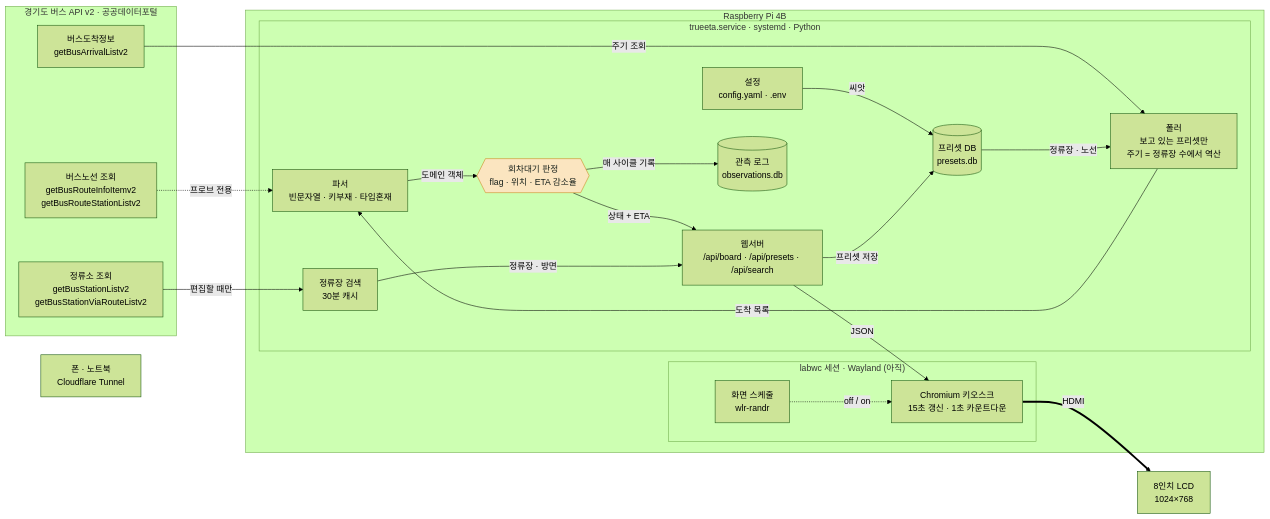
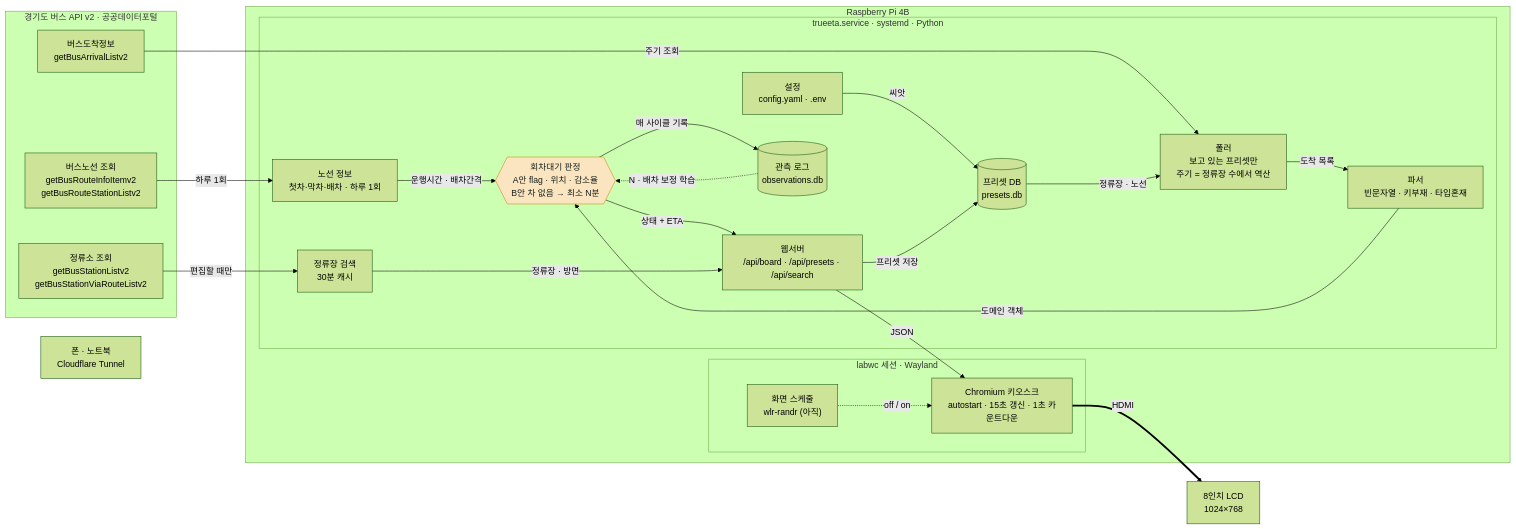
One commit to Hun0305/TrueETA changed the second of 2 diagrams in docs/architecture.md. Above: the diagram before and after it, drawn with Mermaid (forest theme). The commit also changed other lines of this file and 3 other files, not shown here.

First line of the commit message:
docs: 9/29~30 작업 정리 — 구조도·B안 상태·곧 도착 사례·todo 갱신

````diff
--- a/docs/architecture.md
+++ b/docs/architecture.md
@@ -91,46 +93,49 @@
 ```mermaid
 flowchart LR
     subgraph API["경기도 버스 API v2 · 공공데이터포털"]
         A_ROUTE["버스노선 조회<br/>getBusRouteInfoItemv2<br/>getBusRouteStationListv2"]
         A_ARR["버스도착정보<br/>getBusArrivalListv2"]
         A_STA["정류소 조회<br/>getBusStationListv2<br/>getBusStationViaRouteListv2"]
     end
 
     subgraph RPI["Raspberry Pi 4B"]
         subgraph SVC["trueeta.service · systemd · Python"]
             CFG["설정<br/>config.yaml · .env"]
             PRESET[("프리셋 DB<br/>presets.db")]
             POLL["폴러<br/>보고 있는 프리셋만<br/>주기 = 정류장 수에서 역산"]
             PARSE["파서<br/>빈문자열 · 키부재 · 타입혼재"]
-            JUDGE{{"회차대기 판정<br/>flag · 위치 · ETA 감소율"}}
+            JUDGE{{"회차대기 판정<br/>A안 flag · 위치 · 감소율<br/>B안 차 없음 → 최소 N분"}}
+            RINFO["노선 정보<br/>첫차·막차·배차 · 하루 1회"]
             SEARCH["정류장 검색<br/>30분 캐시"]
             WEB["웹서버<br/>/api/board · /api/presets · /api/search"]
             OBS[("관측 로그<br/>observations.db")]
         end
-        subgraph SES["labwc 세션 · Wayland (아직)"]
-            SCHED["화면 스케줄<br/>wlr-randr"]
-            KIOSK["Chromium 키오스크<br/>15초 갱신 · 1초 카운트다운"]
+        subgraph SES["labwc 세션 · Wayland"]
+            SCHED["화면 스케줄<br/>wlr-randr (아직)"]
+            KIOSK["Chromium 키오스크<br/>autostart · 15초 갱신 · 1초 카운트다운"]
         end
     end
 
     PHONE["폰 · 노트북<br/>Cloudflare Tunnel"]
     LCD["8인치 LCD<br/>1024×768"]
 
-    A_ROUTE -.->|프로브 전용| PARSE
+    A_ROUTE -->|하루 1회| RINFO
+    RINFO -->|운행시간 · 배차간격| JUDGE
     A_ARR -->|주기 조회| POLL
     A_STA -->|편집할 때만| SEARCH
     CFG -->|씨앗| PRESET
     PRESET -->|정류장 · 노선| POLL
     POLL -->|도착 목록| PARSE
     PARSE -->|도메인 객체| JUDGE
     JUDGE -->|상태 + ETA| WEB
     JUDGE -->|매 사이클 기록| OBS
+    OBS -.->|N · 배차 보정 학습| JUDGE
     SEARCH -->|정류장 · 방면| WEB
     WEB -->|프리셋 저장| PRESET
     WEB -->|JSON| KIOSK
     SCHED -.->|off / on| KIOSK
     KIOSK ==>|HDMI| LCD
 
     classDef core fill:#FBE5C0,stroke:#C98217,color:#17201B
     class JUDGE core
 ```
````
